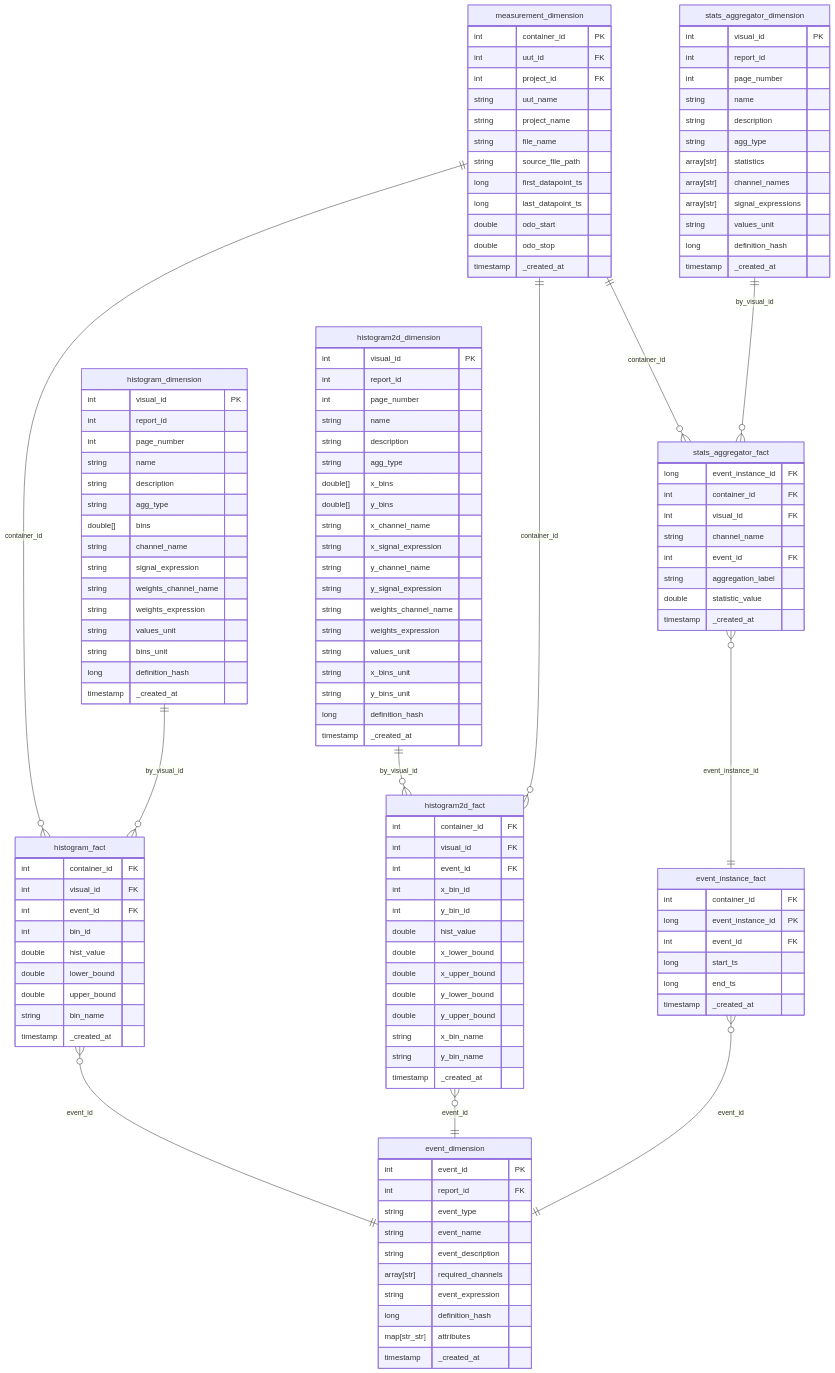
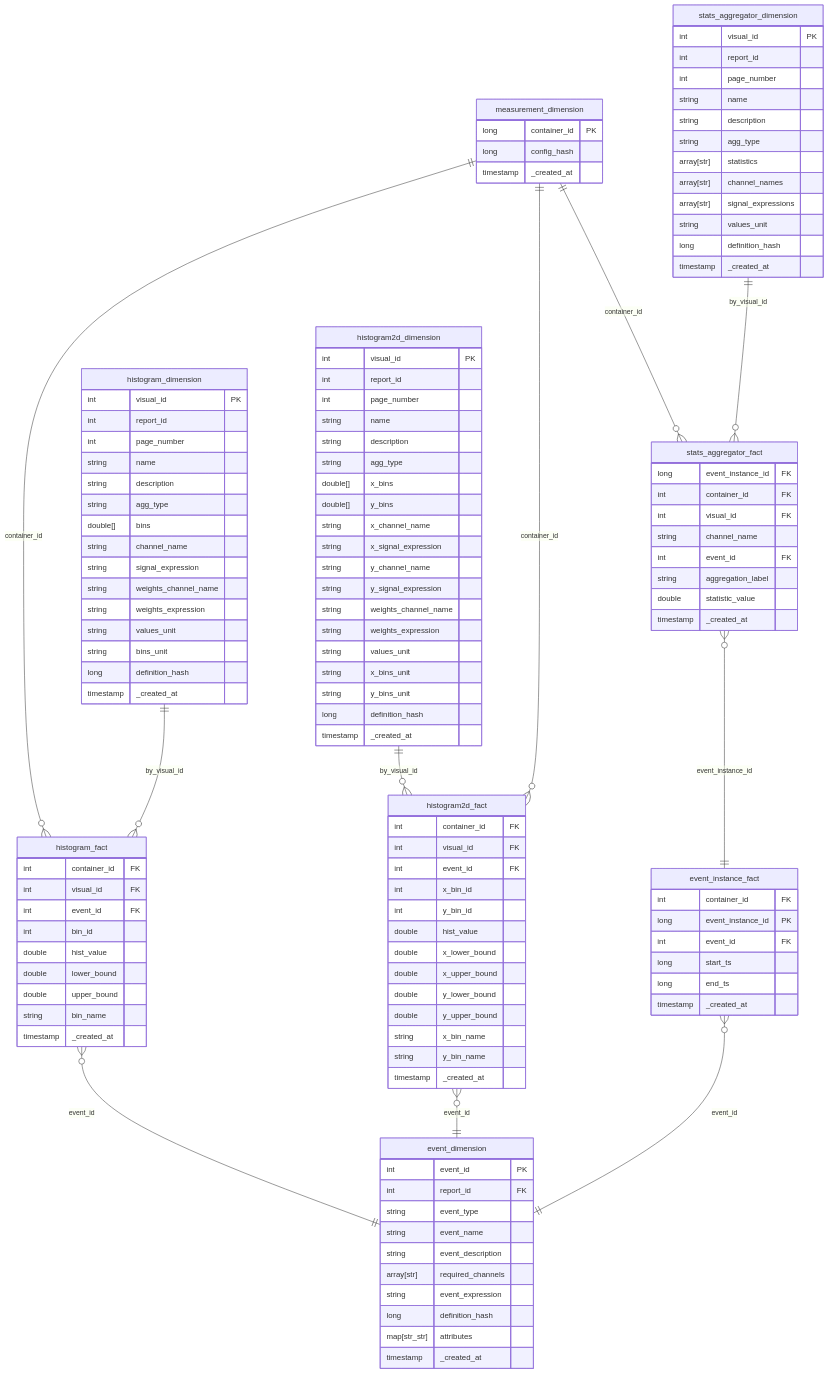
Before and after one commit to tombonfert/impulse_playground: the diagram in docs/impulse/docs/data_model/gold_layer_event_normalized.md, drawn with Mermaid. The commit also changed other lines of this file and 39 other files, not shown here.

```diff
--- a/docs/impulse/docs/data_model/gold_layer_event_normalized.md
+++ b/docs/impulse/docs/data_model/gold_layer_event_normalized.md
@@ -9,17 +22,8 @@
 erDiagram
 
 measurement_dimension {
-    int container_id PK
-    int uut_id FK
-    int project_id FK
-    string uut_name
-    string project_name
-    string file_name
-    string source_file_path
-    long first_datapoint_ts
-    long last_datapoint_ts
-    double odo_start
-    double odo_stop
+    long container_id PK
+    long config_hash
     timestamp _created_at
 }
 
```
